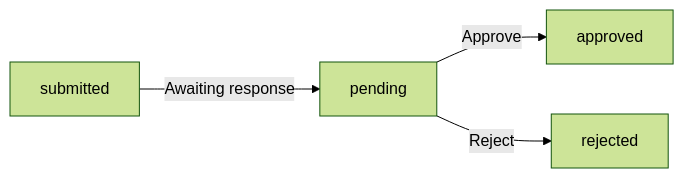
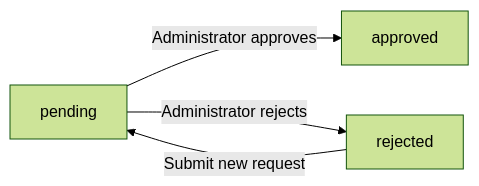
The fourth of 6 diagrams in qwen/qwen3.5-397b-a17b/shopping/docs/analysis/02-domain-model.md (wrtnlabs/autobe-examples), drawn with Mermaid (forest theme) before and after one commit. The commit also changed other lines of this file and 9017 other files, not shown here.

````diff
--- a/qwen/qwen3.5-397b-a17b/shopping/docs/analysis/02-domain-model.md
+++ b/qwen/qwen3.5-397b-a17b/shopping/docs/analysis/02-domain-model.md
@@ -921,6 +788,6 @@
 ```mermaid
 flowchart LR
-    A["submitted"] -->|"Awaiting response"| B["pending"]
-    B -->|"Approve"| C["approved"]
-    B -->|"Reject"| D["rejected"]
+    A["pending"] -->|"Administrator approves"| B["approved"]
+    A -->|"Administrator rejects"| C["rejected"]
+    C -->|"Submit new request"| A
 ```
````
